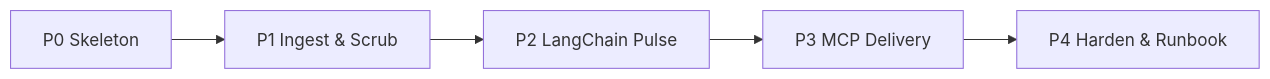
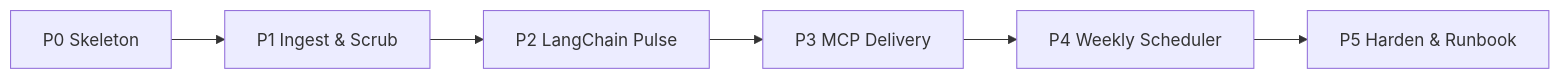
One commit to SushmitaDasgupta/AI-Pulse-Agent changed the second of 2 diagrams in docs/implementation-plan.md. Above: the diagram before and after it, drawn with Mermaid. The commit also changed other lines of this file and 13 other files, not shown here.

First line of the commit message:
Add weekly scheduler (P4) via GitHub Actions cron.

````diff
--- a/docs/implementation-plan.md
+++ b/docs/implementation-plan.md
@@ -53,7 +53,8 @@
 ```mermaid
 flowchart LR
   P0[P0 Skeleton] --> P1[P1 Ingest & Scrub]
   P1 --> P2[P2 LangChain Pulse]
   P2 --> P3[P3 MCP Delivery]
-  P3 --> P4[P4 Harden & Runbook]
+  P3 --> P4[P4 Weekly Scheduler]
+  P4 --> P5[P5 Harden & Runbook]
 ```
````
